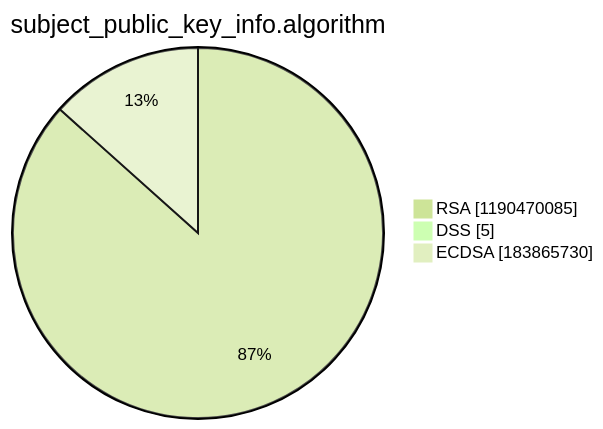
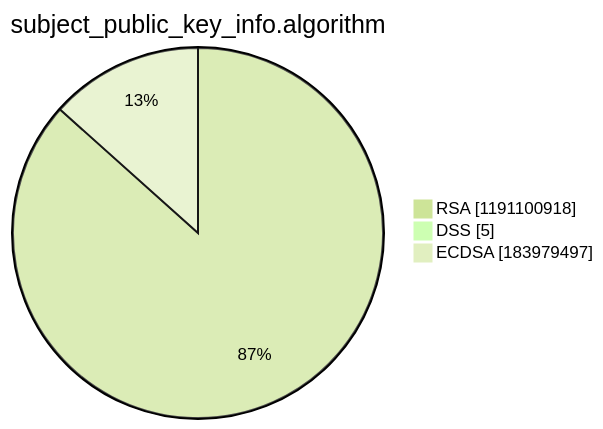
The third of 15 diagrams in argon2022/README.md (christiankrug/ctmonitor_visualization), drawn with Mermaid (forest theme) before and after one commit. The commit also changed other lines of this file, not shown here.

````diff
--- a/argon2022/README.md
+++ b/argon2022/README.md
@@ -14,7 +14,7 @@
 ```mermaid
 pie showData
 title subject_public_key_info.algorithm
-"RSA" :1190470085
+"RSA" :1191100918
 "DSS" :5
-"ECDSA" :183865730
+"ECDSA" :183979497
 ```
````
